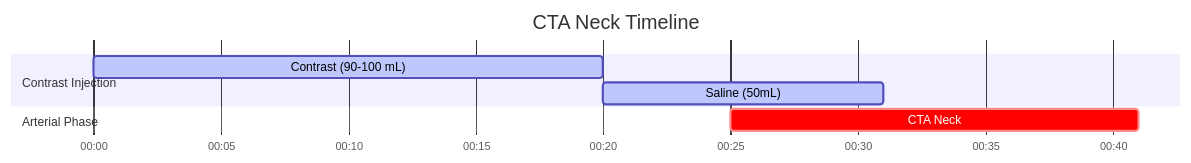
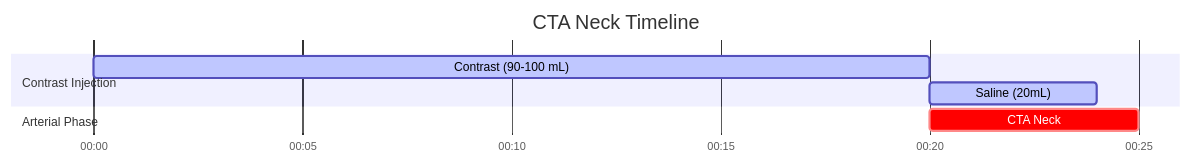
Before and after one commit to dfergs93/radiology-protocols: the diagram in docs/ct/neuro/cta-neck.md, drawn with Mermaid. The commit also changed other lines of this file and 113 other files, not shown here.

````diff
--- a/docs/ct/neuro/cta-neck.md
+++ b/docs/ct/neuro/cta-neck.md
@@ -83,16 +84,16 @@
   ```mermaid
   ---
   config:
     theme: default
   ---
     gantt
       title CTA Neck Timeline
       dateFormat mm:ss
       axisFormat %M:%S 
       
       section Contrast Injection
       Contrast (90-100 mL)    :active, contrast, 00:00, 20s
-      Saline (50mL)          :active, saline, after contrast, 11s
+      Saline (20mL)          :active, saline, after contrast, 4s
       section Arterial Phase
-      CTA Neck    :crit, scan1, 00:25, 16s
+      CTA Neck    :crit, scan1, after contrast, 5s
   ```
````
